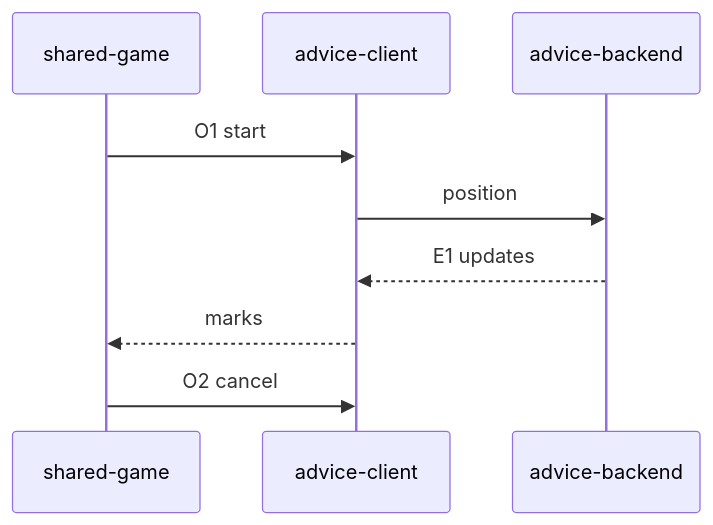
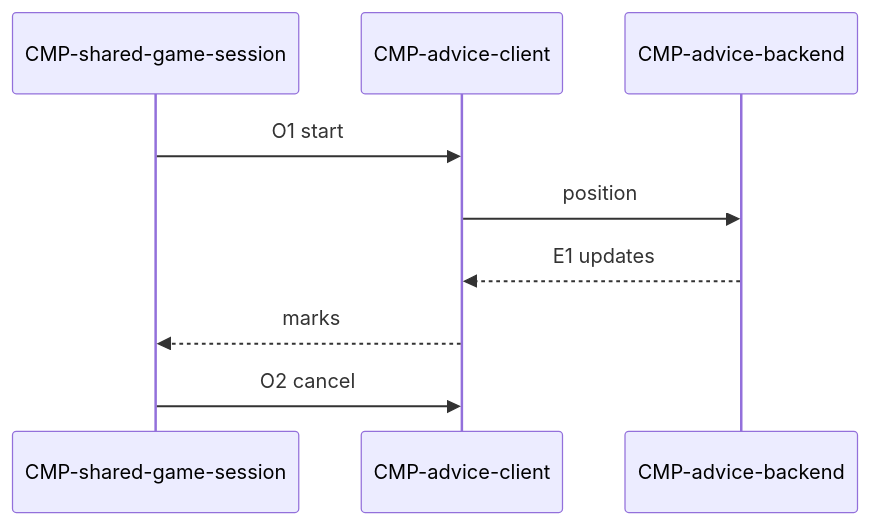
One commit to waigore/simplechessv2 changed the diagram in specs/technical/contracts/advice-stream.md. Above: the diagram before and after it, drawn with Mermaid. The commit also changed other lines of this file and 120 other files, not shown here.

````diff
--- a/specs/technical/contracts/advice-stream.md
+++ b/specs/technical/contracts/advice-stream.md
@@ -54,11 +54,11 @@
 ```mermaid
 sequenceDiagram
-  participant S as shared-game
-  participant A as advice-client
-  participant B as advice-backend
+  participant S as CMP-shared-game-session
+  participant A as CMP-advice-client
+  participant B as CMP-advice-backend
   S->>A: O1 start
   A->>B: position
   B-->>A: E1 updates
   A-->>S: marks
   S->>A: O2 cancel
 ```
````
